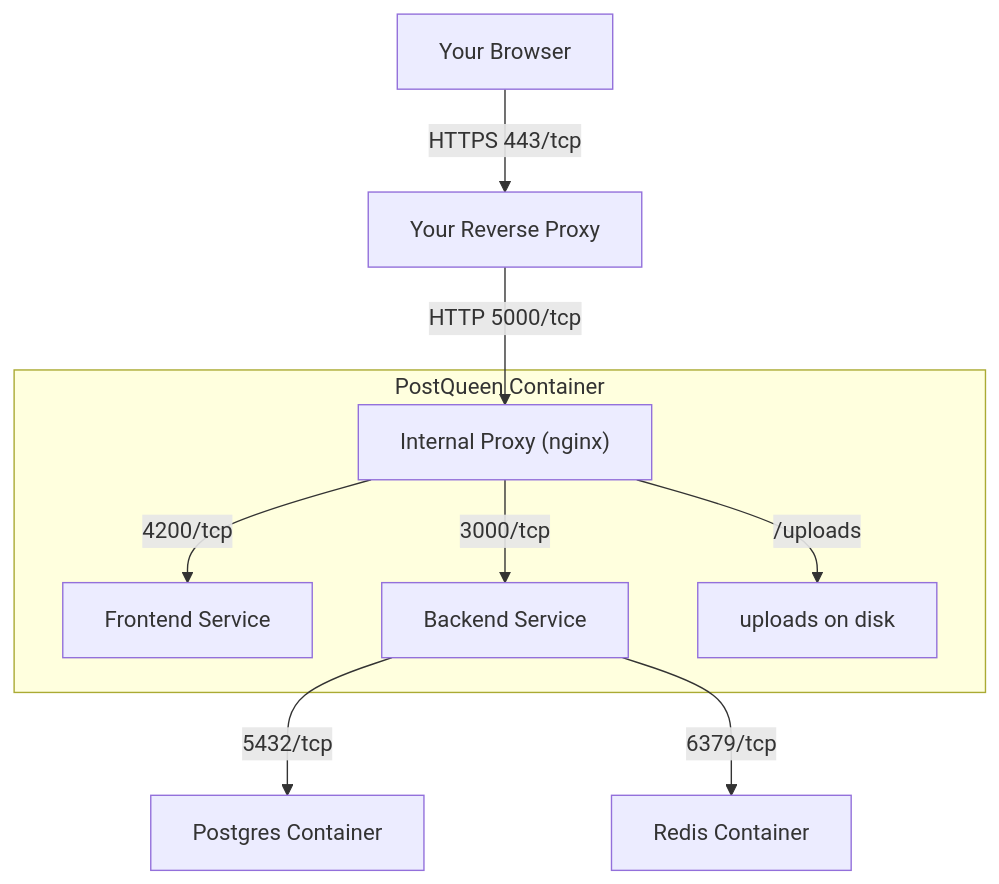
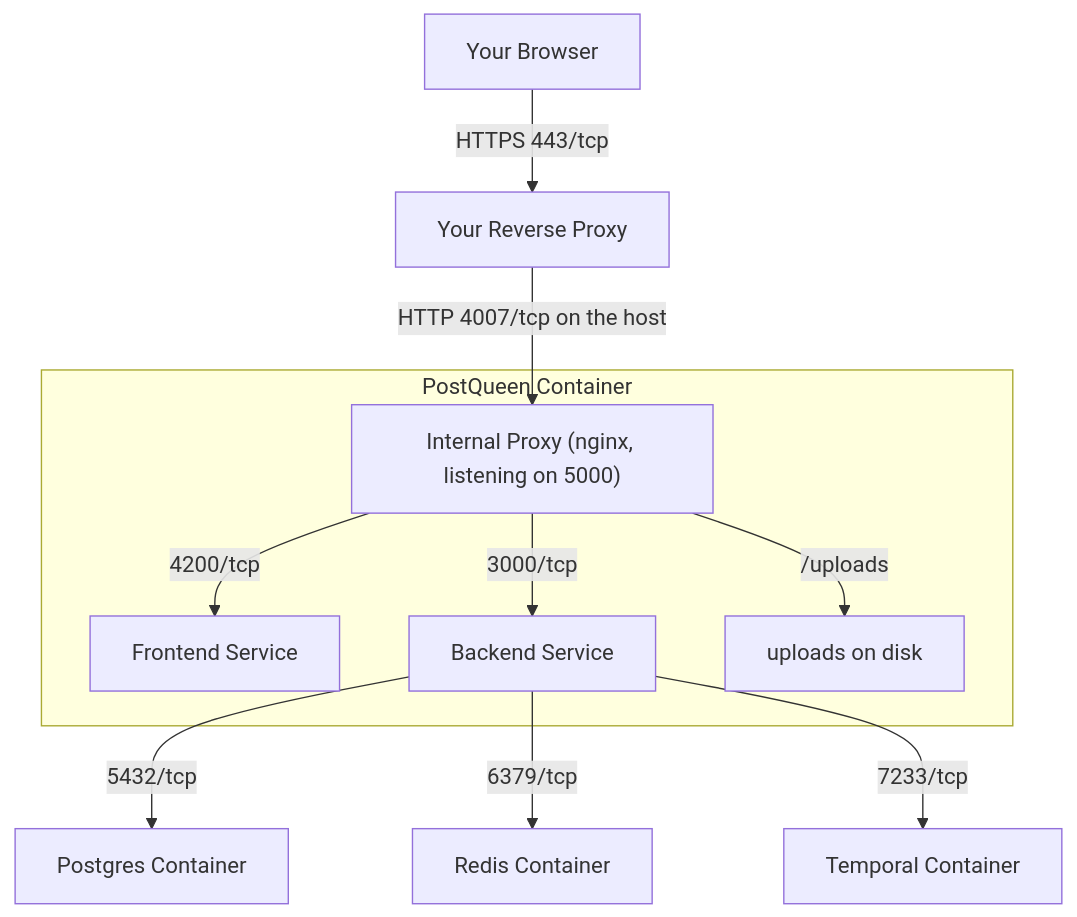
One commit to GkhanKINAY/postqueen-docs changed the diagram in snippets/installation-pre-reqs.mdx. Above: the diagram before and after it, drawn with Mermaid. The commit also changed other lines of this file and 24 other files, not shown here.

````diff
--- a/snippets/installation-pre-reqs.mdx
+++ b/snippets/installation-pre-reqs.mdx
@@ -31,14 +49,15 @@
 ```mermaid
 graph TD;
 	A[Your Browser] -->|HTTPS 443/tcp| B[Your Reverse Proxy]
-	B -->|HTTP 5000/tcp| C["Internal Proxy (nginx)"]
+	B -->|HTTP 4007/tcp on the host| C["Internal Proxy (nginx, listening on 5000)"]
 
 	subgraph "PostQueen Container"
 	C -->|4200/tcp| D[Frontend Service]
 	C -->|3000/tcp| E[Backend Service]
     C -->|/uploads| H[uploads on disk]
 	end
 
 	E -->|5432/tcp| F[Postgres Container]
 	E -->|6379/tcp| G[Redis Container]
+	E -->|7233/tcp| I[Temporal Container]
 ```
````
